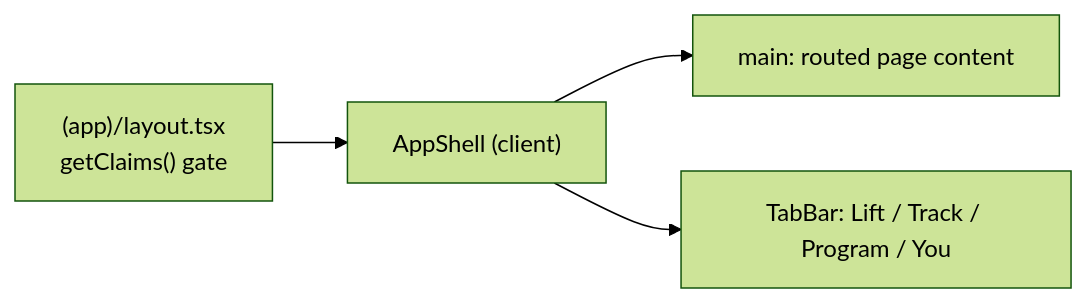
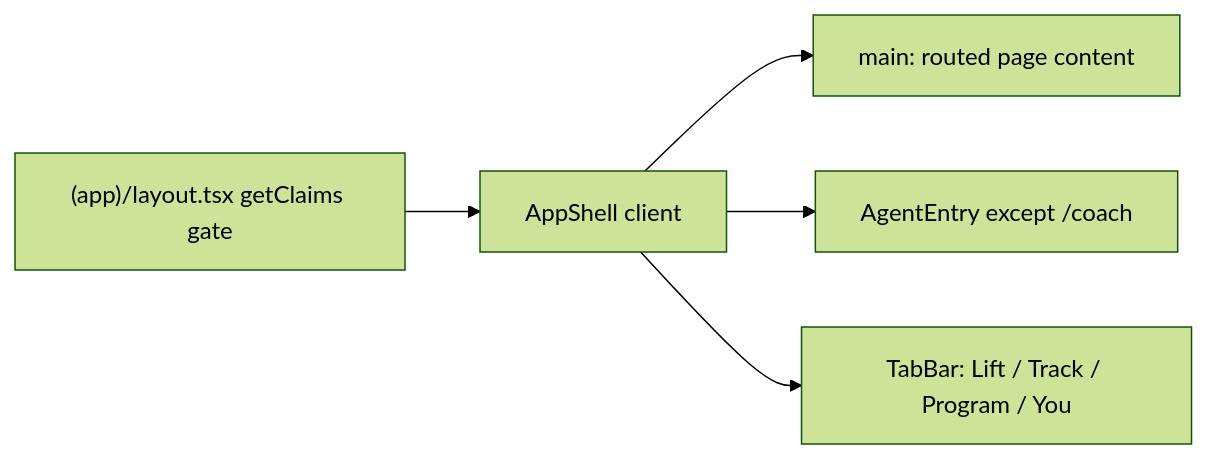
Before and after one commit to jms-dcksn/lifting-app: the first of 3 diagrams in openwiki/architecture/overview.md, drawn with Mermaid (forest theme). The commit also changed other lines of this file and 40 other files, not shown here.

````diff
--- a/openwiki/architecture/overview.md
+++ b/openwiki/architecture/overview.md
@@ -49,6 +106,7 @@
 ```mermaid
 flowchart LR
-    Layout["(app)/layout.tsx\ngetClaims() gate"] --> Shell["AppShell (client)"]
+    Layout["(app)/layout.tsx getClaims gate"] --> Shell["AppShell client"]
     Shell --> Main["main: routed page content"]
+    Shell --> Agent["AgentEntry except /coach"]
     Shell --> TabBar["TabBar: Lift / Track / Program / You"]
 ```
````
